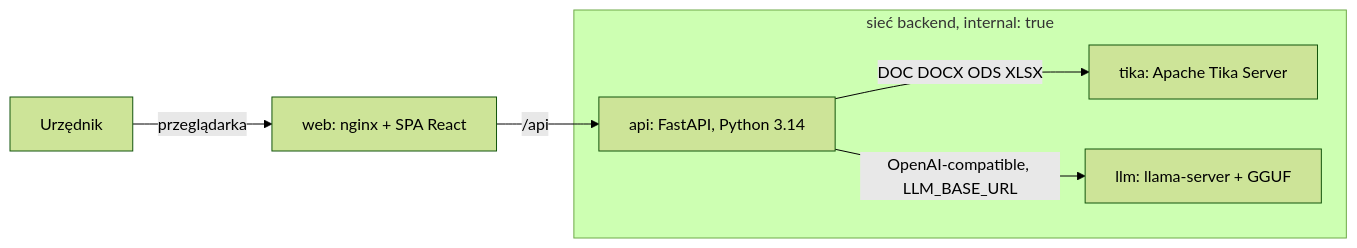
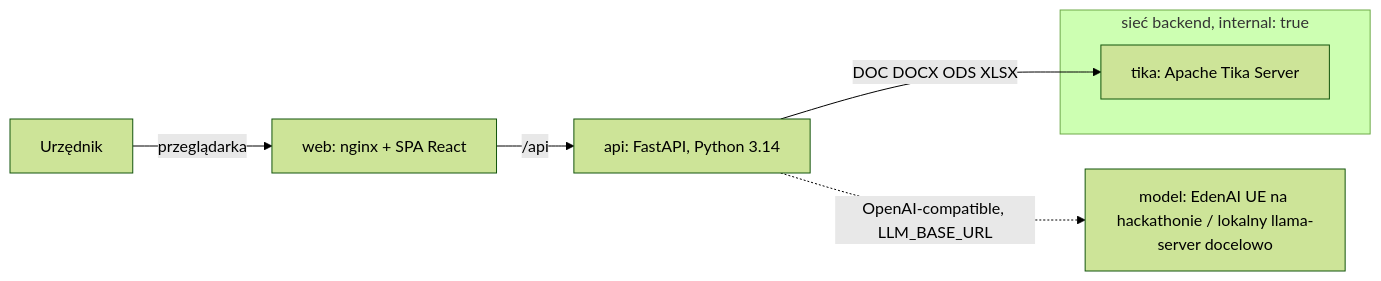
One commit to Adimac93/hacknation2026 changed the first of 2 diagrams in ARCHITECTURE.md. Above: the diagram before and after it, drawn with Mermaid (forest theme). The commit also changed other lines of this file and 14 other files, not shown here.

````diff
--- a/ARCHITECTURE.md
+++ b/ARCHITECTURE.md
@@ -45,12 +45,10 @@
 ```mermaid
 flowchart LR
   U[Urzędnik] -->|przeglądarka| WEB[web: nginx + SPA React]
   WEB -->|/api| API[api: FastAPI, Python 3.14]
   API -->|DOC DOCX ODS XLSX| TIKA[tika: Apache Tika Server]
-  API -->|OpenAI-compatible, LLM_BASE_URL| LLM[llm: llama-server + GGUF]
+  API -.->|OpenAI-compatible, LLM_BASE_URL| LLM[model: EdenAI UE na hackathonie / lokalny llama-server docelowo]
   subgraph backend [sieć backend, internal: true]
-    API
     TIKA
-    LLM
   end
 ```
````
